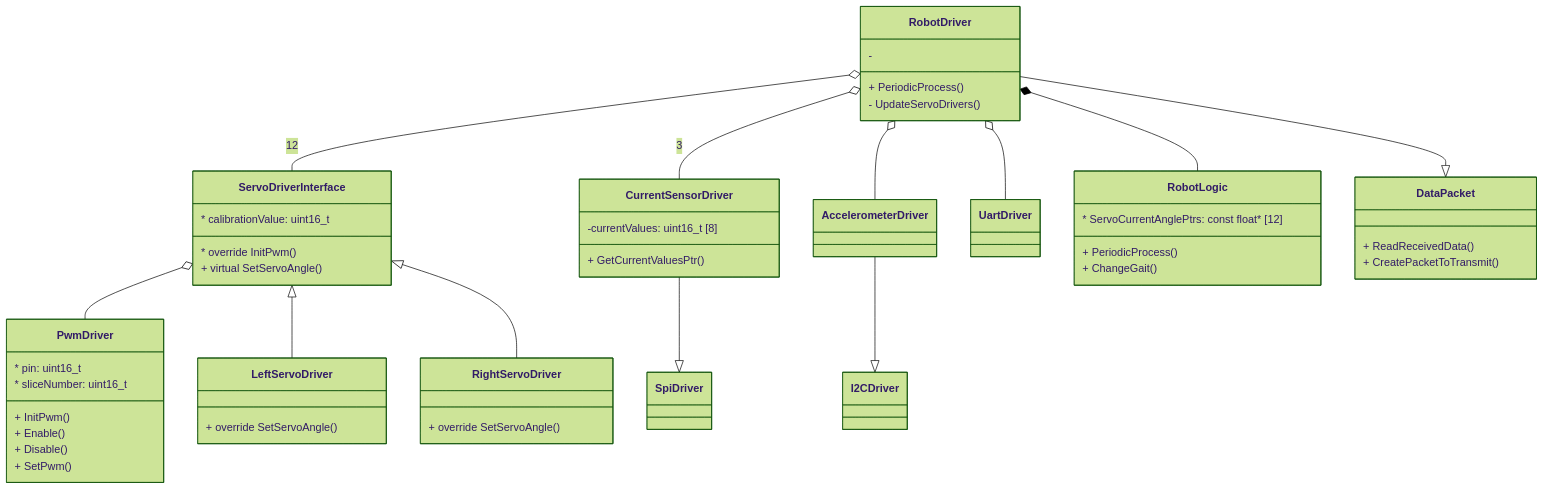
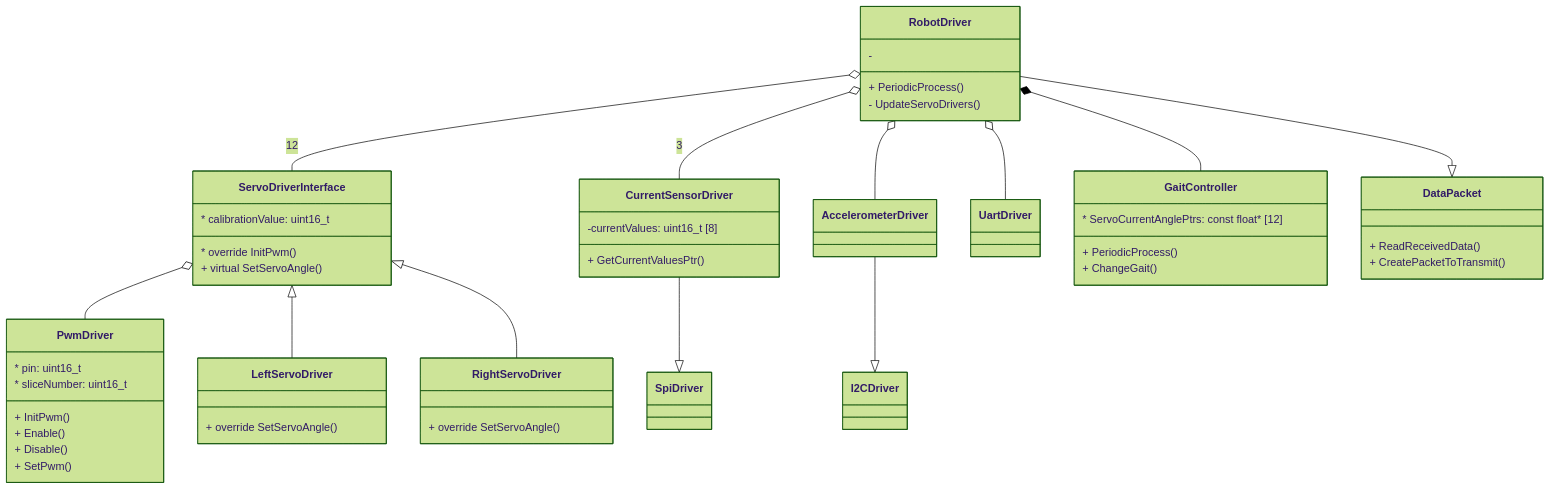
Before and after one commit to putzio/Hexapod-2.0: the second of 2 diagrams in README.md, drawn with Mermaid (forest theme). The commit also changed other lines of this file and 4 other files, not shown here.

Commit message:
DefaultPosition avaliable from the gaitController

````diff
--- a/README.md
+++ b/README.md
@@ -117,65 +120,65 @@
 ```mermaid
     classDiagram
     %%Driver classes relations:
 
     ServoDriverInterface o-- PwmDriver
     ServoDriverInterface <|-- LeftServoDriver
     ServoDriverInterface <|-- RightServoDriver
 
     CurrentSensorDriver --|> SpiDriver
-    AccelerometerDriver --|> I2CDriver  
+    AccelerometerDriver --|> I2CDriver
 
 
     RobotDriver o-- ServoDriverInterface: 12
     RobotDriver o-- CurrentSensorDriver: 3
     RobotDriver o-- AccelerometerDriver
     RobotDriver o-- UartDriver
-    RobotDriver *-- RobotLogic
+    RobotDriver *-- GaitController
     RobotDriver --|> DataPacket
 
     class PwmDriver{
         * pin: uint16_t
         * sliceNumber: uint16_t
 
         + InitPwm()
         + Enable()
         + Disable()
         + SetPwm()
     }
 
     class ServoDriverInterface{
         * calibrationValue: uint16_t
-        
+
         * override InitPwm()
         + virtual SetServoAngle()
     }
     class LeftServoDriver{
         + override SetServoAngle()
     }
     class RightServoDriver{
         + override SetServoAngle()
     }
 
     class CurrentSensorDriver{
         -currentValues: uint16_t [8]
-        
+
         + GetCurrentValuesPtr()
     }
 
-    class RobotLogic{
-        * ServoCurrentAnglePtrs: const float* [12] 
+    class GaitController{
+        * ServoCurrentAnglePtrs: const float* [12]
         + PeriodicProcess()
         + ChangeGait()
     }
 
     class RobotDriver{
         + PeriodicProcess()
         - UpdateServoDrivers()
-        - 
+        -
     }
 
     class DataPacket{
         + ReadReceivedData()
         + CreatePacketToTransmit()
     }
 ```
````
